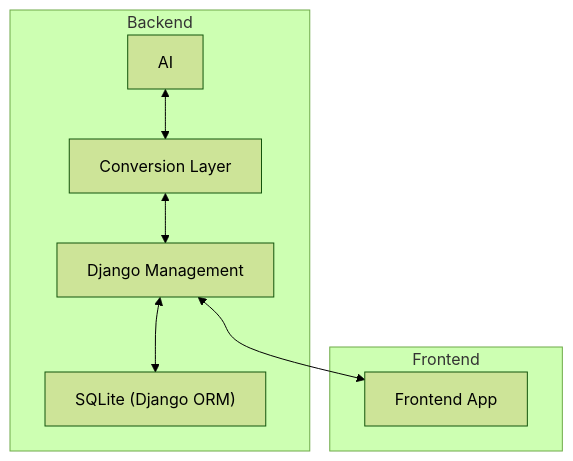
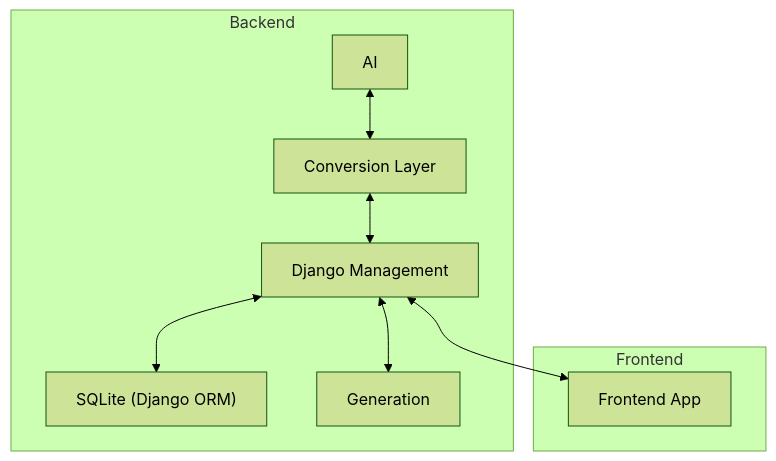
The first of 3 diagrams in README.md (Nicolas-Botelho/REX), drawn with Mermaid (forest theme) before and after one commit.

Commit message:
docs: update architecture flowchart

````diff
--- a/README.md
+++ b/README.md
@@ -39,20 +39,22 @@
 ```mermaid
 flowchart
 
 subgraph Backend
   A[AI]
   B[Conversion Layer]
   C["SQLite (Django ORM)"]
   D[Django Management]
+  E[Generation]
 end
 
 subgraph Frontend
-  E[Frontend App]
+  F[Frontend App]
 end
 
 A <--> B
 B <--> D
 D <--> C
 D <--> E
+D <--> F
 
 ```
````
